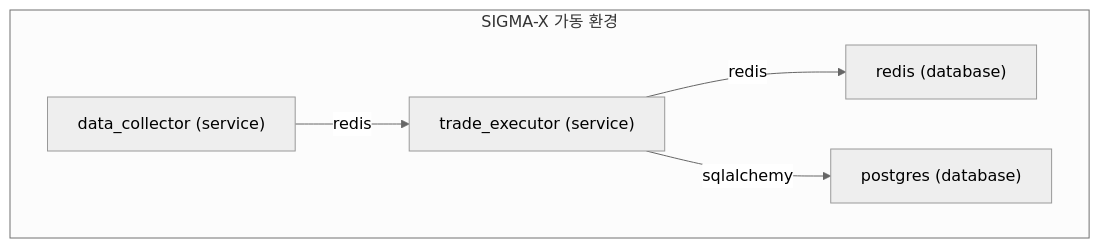
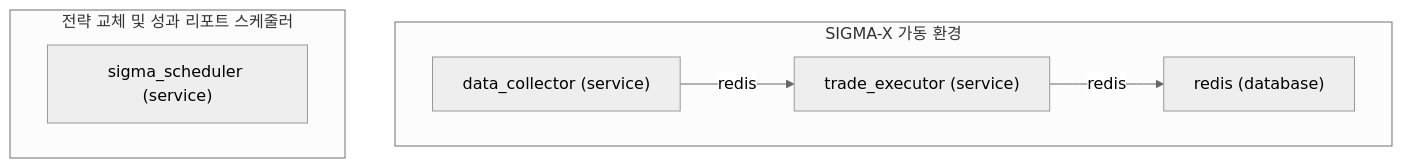
Before and after one commit to tjqjaqhd/sigma-x: the diagram in docs/sigma_system_diagram.mmd, drawn with Mermaid (neutral theme). The commit also changed 18 other files, not shown here.

````diff
--- a/docs/sigma_system_diagram.mmd
+++ b/docs/sigma_system_diagram.mmd
@@ -1,12 +1,13 @@
 ```mermaid
 flowchart TD
 subgraph main ["SIGMA-X 가동 환경"]
     data_collector["data_collector (service)"]
     trade_executor["trade_executor (service)"]
     redis["redis (database)"]
-    postgres["postgres (database)"]
 end
     data_collector -->|redis| trade_executor
     trade_executor -->|redis| redis
-    trade_executor -->|sqlalchemy| postgres
+subgraph scheduler ["전략 교체 및 성과 리포트 스케줄러"]
+    sigma_scheduler["sigma_scheduler (service)"]
+end
 ```
````
